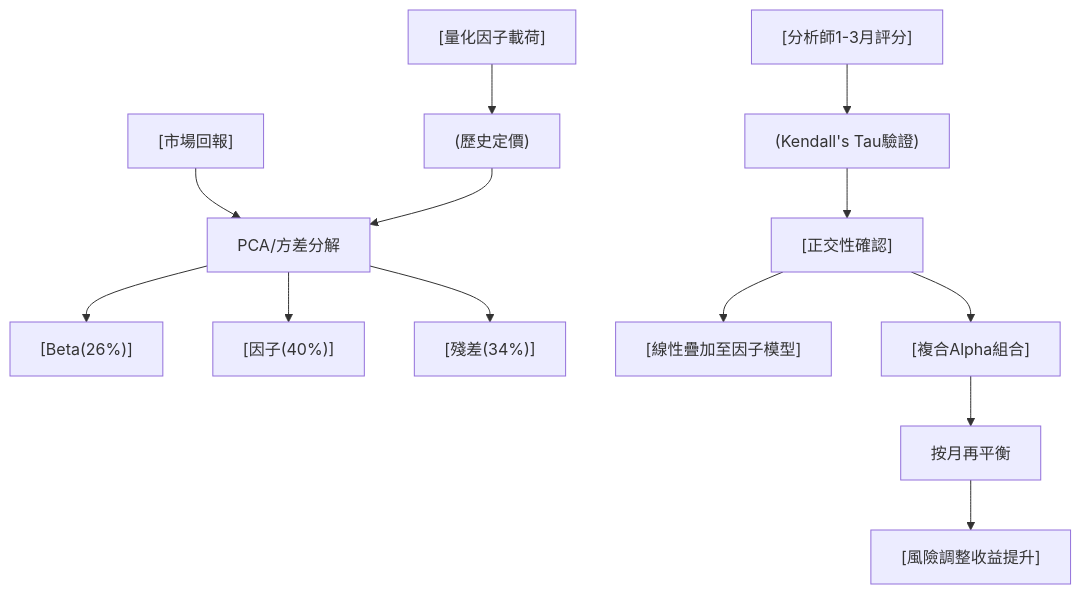
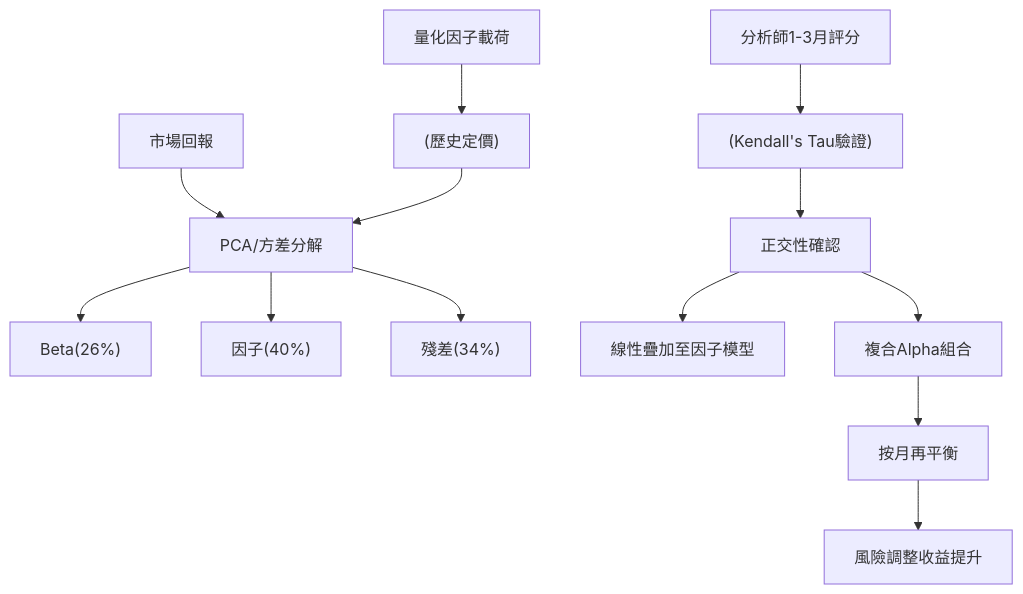
The diagram in foundations/factor-mining/art-351.md (sou350121/Trading-Handbook), drawn with Mermaid before and after one commit. The commit also changed 191 other files, not shown here.

First line of the commit message:
render: fix math + mermaid for GitHub across the corpus (188 pages)

````diff
--- a/foundations/factor-mining/art-351.md
+++ b/foundations/factor-mining/art-351.md
@@ -32,15 +32,15 @@
 ```mermaid
 flowchart TD
-    A["[市場回報]"] --> B["PCA/方差分解"]
-    B --> C["[Beta(26%)]"]
-    B --> D["[因子(40%)]"]
-    B --> E["[殘差(34%)]"]
-    F["[量化因子載荷]"] --> G["(歷史定價)"]
+    A["市場回報"] --> B["PCA/方差分解"]
+    B --> C["Beta(26%)"]
+    B --> D["因子(40%)"]
+    B --> E["殘差(34%)"]
+    F["量化因子載荷"] --> G["(歷史定價)"]
     G --> B
-    H["[分析師1-3月評分]"] --> I["(Kendall's Tau驗證)"]
-    I --> J["[正交性確認]"]
-    J --> K["[線性疊加至因子模型]"]
-    J --> L["[複合Alpha組合]"]
+    H["分析師1-3月評分"] --> I["(Kendall's Tau驗證)"]
+    I --> J["正交性確認"]
+    J --> K["線性疊加至因子模型"]
+    J --> L["複合Alpha組合"]
     L --> M["按月再平衡"]
-    M --> N["[風險調整收益提升]"]
+    M --> N["風險調整收益提升"]
 ```
````
